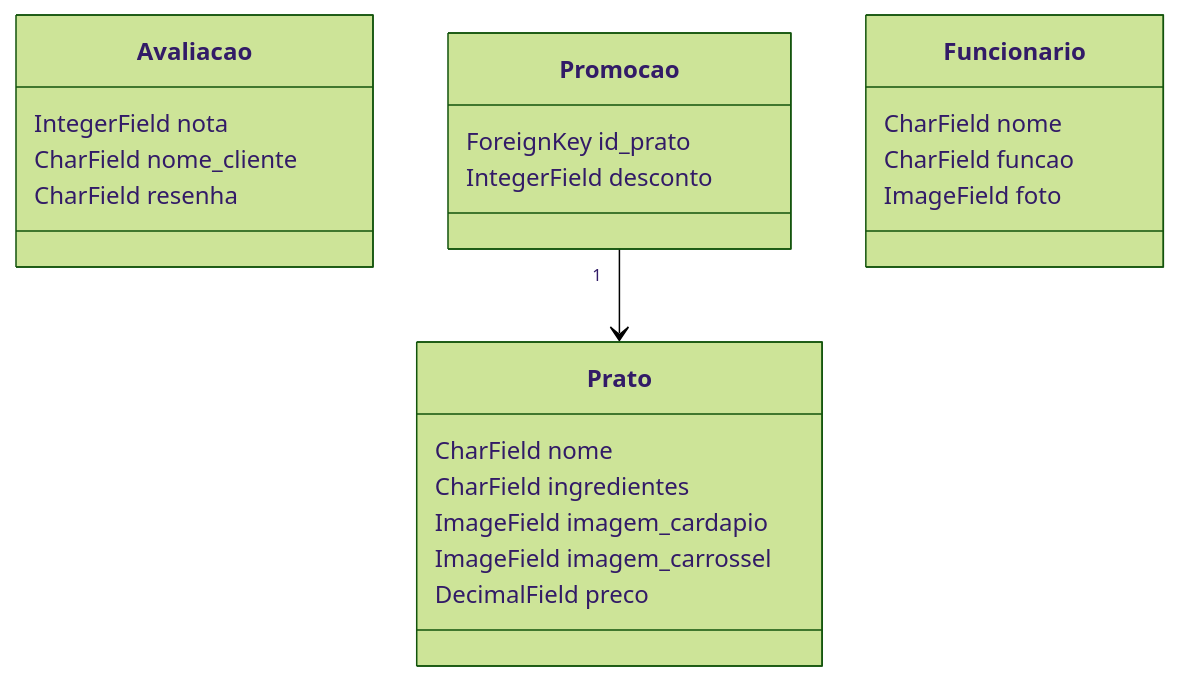
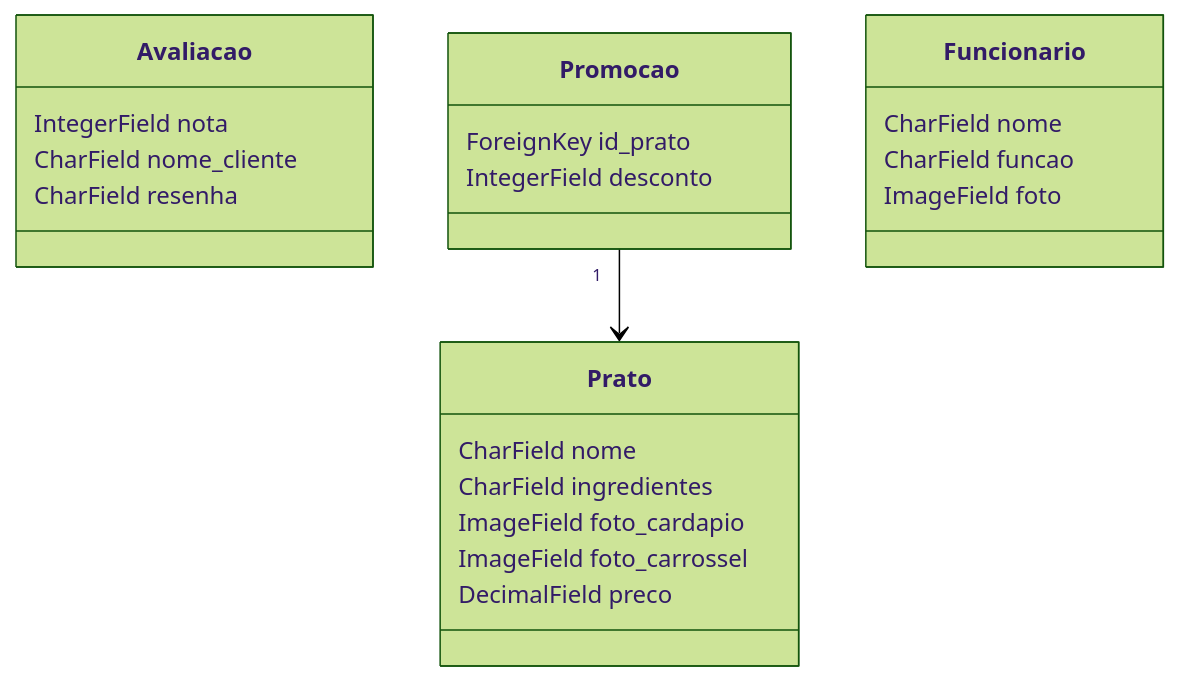
The diagram in diagramas/diagramas.mmd (fabriciomj/desafio-squad4-back), drawn with Mermaid (forest theme) before and after one commit.

Commit message:
Modifica o diagrama Prato
Muda o prefixo no nome dos atributos de imagem de "imagem_" para "foto_".

```diff
--- a/diagramas/diagramas.mmd
+++ b/diagramas/diagramas.mmd
@@ -1,23 +1,23 @@
 classDiagram
     class Prato{
       CharField nome
       CharField ingredientes
-      ImageField imagem_cardapio
-      ImageField imagem_carrossel
+      ImageField foto_cardapio
+      ImageField foto_carrossel
       DecimalField preco
     }
     class Avaliacao{
       IntegerField nota
       CharField nome_cliente
       CharField resenha
     }
     class Promocao{
       ForeignKey id_prato
       IntegerField desconto
     }
     class Funcionario{
         CharField nome
         CharField funcao
         ImageField foto
     }
     Promocao "1" --> Prato
```
